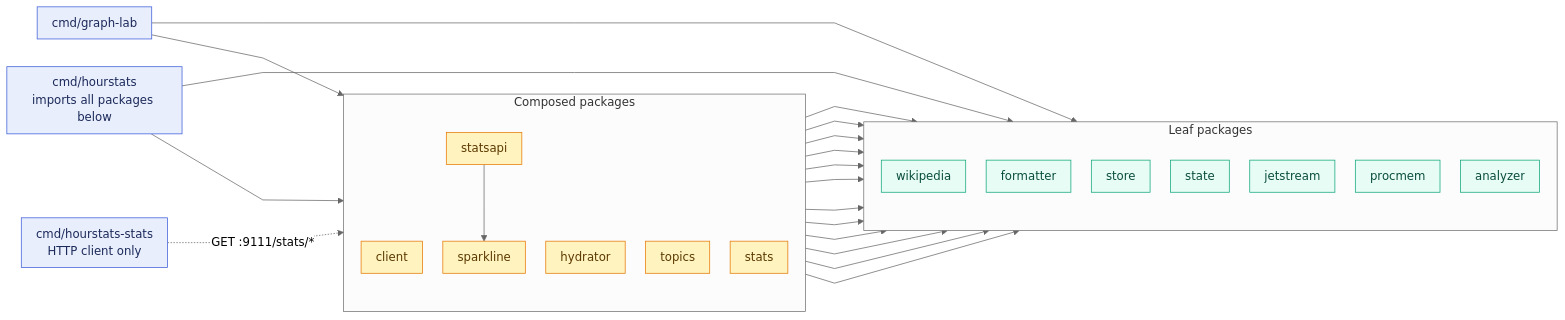
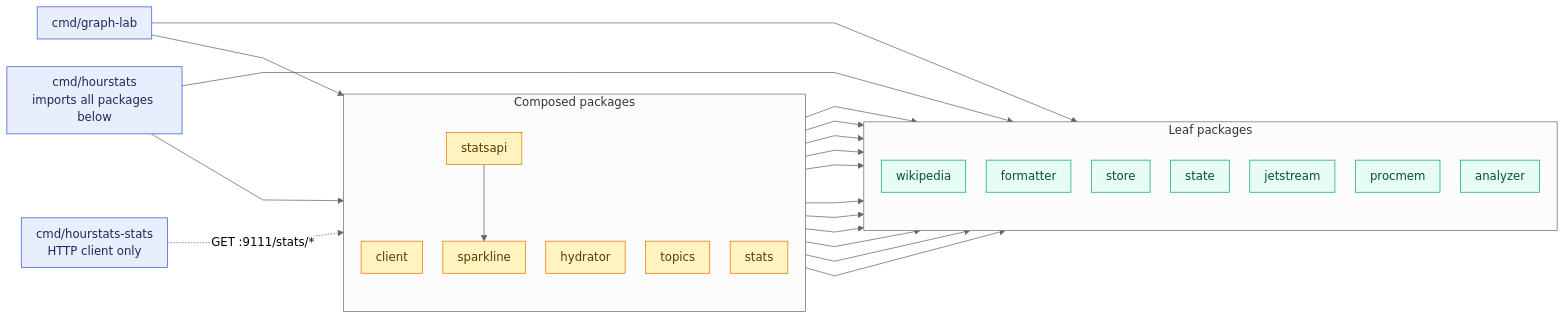
Before and after one commit to brainsnorkel/hourstats-bsky: the diagram in docs/architecture/02b-package-dependencies.mmd, drawn with Mermaid. The commit also changed 5 other files, not shown here.

```diff
--- a/docs/architecture/02b-package-dependencies.mmd
+++ b/docs/architecture/02b-package-dependencies.mmd
@@ -1,48 +1,48 @@
 %%{init: {"theme":"neutral","flowchart":{"curve":"linear","nodeSpacing":28,"rankSpacing":80,"padding":10}}}%%
 flowchart LR
   %% Non-test imports between internal packages. A clean DAG: store is the shared leaf.
   %% cmd/hourstats imports every package shown; those edges are omitted to keep the graph readable.
 
   main["cmd/hourstats<br/>imports all packages below"]
   lab["cmd/graph-lab"]
   cli["cmd/hourstats-stats<br/>HTTP client only"]
 
   subgraph mid["Composed packages"]
     direction TB
     client["client"]
     hydrator["hydrator"]
     topics["topics"]
     sparkline["sparkline"]
     stats["stats"]
     statsapi["statsapi"]
   end
 
   subgraph leaf["Leaf packages"]
     direction TB
     wikipedia["wikipedia"]
     formatter["formatter"]
     store["store"]
     state["state"]
     jetstream["jetstream"]
     procmem["procmem"]
     analyzer["analyzer"]
   end
 
   main --> mid
   main --> analyzer
   lab --> sparkline & state
   cli -. "GET :9111/stats/*" .-> statsapi
 
   client --> formatter & wikipedia
   hydrator --> store
-  topics --> store & formatter & wikipedia
+  topics --> store & formatter
   sparkline --> state & store
   stats --> jetstream & procmem & store
   statsapi --> sparkline & store
 
   classDef cmd fill:#e8eefb,stroke:#3b5bdb,color:#1c2a5b
   classDef pk fill:#fff3bf,stroke:#e67700,color:#5c3a00
   classDef lf fill:#e6fcf5,stroke:#0ca678,color:#0b4d3c
   class main,lab,cli cmd
   class client,hydrator,topics,sparkline,stats,statsapi pk
   class store,jetstream,analyzer,formatter,wikipedia,state,procmem lf
```
